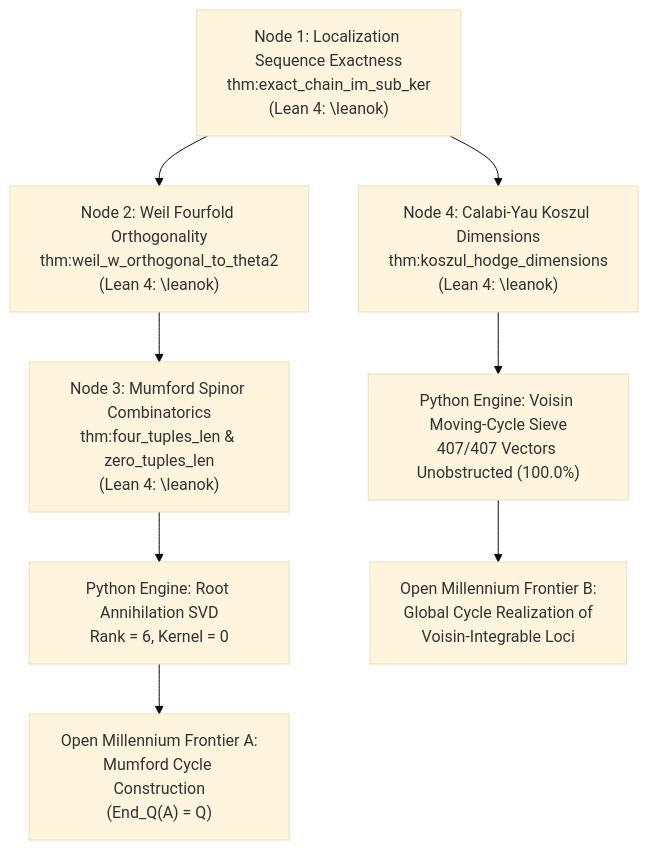
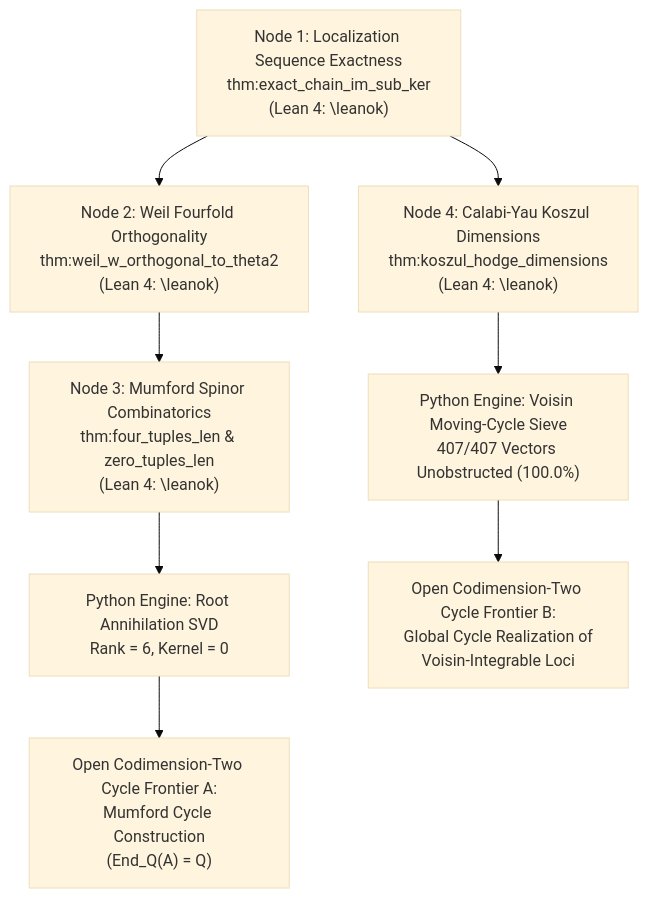
Before and after one commit to Qamarbajwa/hodge-cy4-spin8-lean4: the diagram in docs/19_terence_tao_lean4_blueprint_and_formal_verification.md, drawn with Mermaid (base theme). The commit also changed other lines of this file and 175 other files, not shown here.

````diff
--- a/docs/19_terence_tao_lean4_blueprint_and_formal_verification.md
+++ b/docs/19_terence_tao_lean4_blueprint_and_formal_verification.md
@@ -40,21 +40,21 @@
 ```mermaid
 flowchart TD
     Node1["Node 1: Localization Sequence Exactness<br/>thm:exact_chain_im_sub_ker<br/>(Lean 4: \leanok)"]
     Node2["Node 2: Weil Fourfold Orthogonality<br/>thm:weil_w_orthogonal_to_theta2<br/>(Lean 4: \leanok)"]
     Node3["Node 3: Mumford Spinor Combinatorics<br/>thm:four_tuples_len & zero_tuples_len<br/>(Lean 4: \leanok)"]
     Node4["Node 4: Calabi-Yau Koszul Dimensions<br/>thm:koszul_hodge_dimensions<br/>(Lean 4: \leanok)"]
 
     PythonVoisin["Python Engine: Voisin Moving-Cycle Sieve<br/>407/407 Vectors Unobstructed (100.0%)"]
     PythonRoots["Python Engine: Root Annihilation SVD<br/>Rank = 6, Kernel = 0"]
 
-    OpenSpinor["Open Millennium Frontier A:<br/>Mumford Cycle Construction<br/>(End_Q(A) = Q)"]
-    OpenCY["Open Millennium Frontier B:<br/>Global Cycle Realization of<br/>Voisin-Integrable Loci"]
+    OpenSpinor["Open Codimension-Two Cycle Frontier A:<br/>Mumford Cycle Construction<br/>(End_Q(A) = Q)"]
+    OpenCY["Open Codimension-Two Cycle Frontier B:<br/>Global Cycle Realization of<br/>Voisin-Integrable Loci"]
 
     Node1 --> Node2
     Node2 --> Node3
     Node3 --> PythonRoots
     PythonRoots --> OpenSpinor
     Node1 --> Node4
     Node4 --> PythonVoisin
     PythonVoisin --> OpenCY
 ```
````
